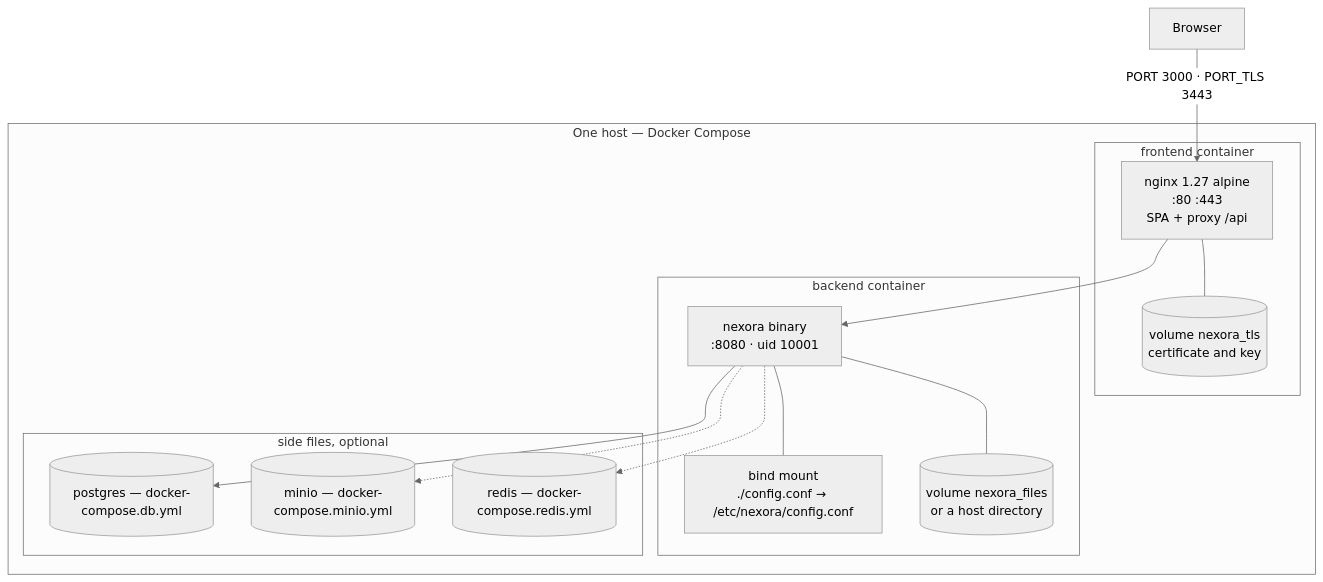
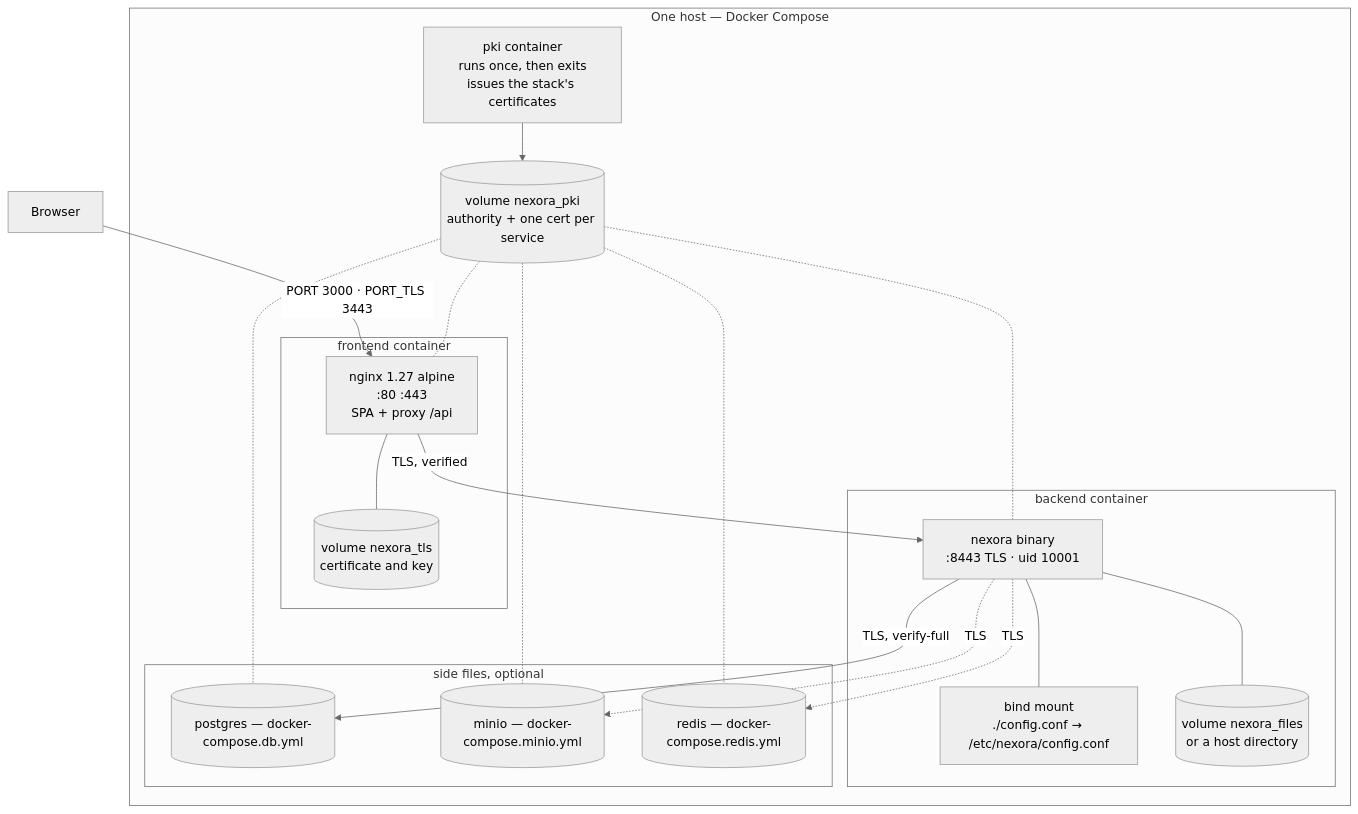
Before and after one commit to Dschonas04/Nexora: diagram 12 of 16 in docs/architecture.md, drawn with Mermaid (neutral theme). The commit also changed other lines of this file and 64 other files, not shown here.

````diff
--- a/docs/architecture.md
+++ b/docs/architecture.md
@@ -651,28 +652,36 @@
 ```mermaid
 graph TB
     subgraph host["One host — Docker Compose"]
+        pki["pki container<br/>runs once, then exits<br/>issues the stack's certificates"]
+        pkiv[("volume nexora_pki<br/>authority + one cert per service")]
         subgraph fe["frontend container"]
             nginx["nginx 1.27 alpine<br/>:80 :443<br/>SPA + proxy /api"]
             tlsv[("volume nexora_tls<br/>certificate and key")]
         end
         subgraph be["backend container"]
-            go["nexora binary<br/>:8080 · uid 10001"]
+            go["nexora binary<br/>:8443 TLS · uid 10001"]
             conf["bind mount<br/>./config.conf → /etc/nexora/config.conf"]
             filesv[("volume nexora_files<br/>or a host directory")]
         end
         subgraph opt["side files, optional"]
             db[("postgres — docker-compose.db.yml")]
             minio[("minio — docker-compose.minio.yml")]
             redis[("redis — docker-compose.redis.yml")]
         end
     end
 
     browser["Browser"] -->|"PORT 3000 · PORT_TLS 3443"| nginx
-    nginx --> go
-    go --> db
-    go -.-> minio
-    go -.-> redis
+    nginx -->|"TLS, verified"| go
+    go -->|"TLS, verify-full"| db
+    go -.->|"TLS"| minio
+    go -.->|"TLS"| redis
+    pki --> pkiv
+    pkiv -.- nginx
+    pkiv -.- go
+    pkiv -.- db
+    pkiv -.- minio
+    pkiv -.- redis
     nginx --- tlsv
     go --- conf
     go --- filesv
 ```
````
